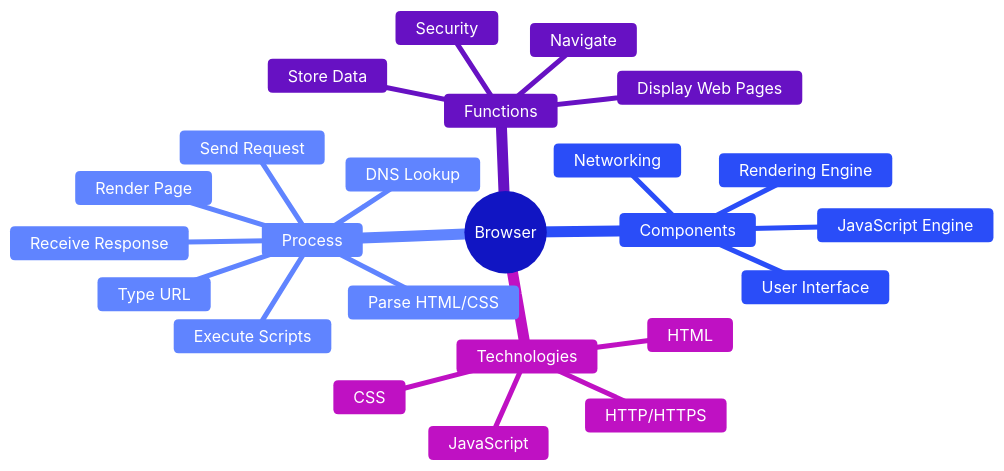
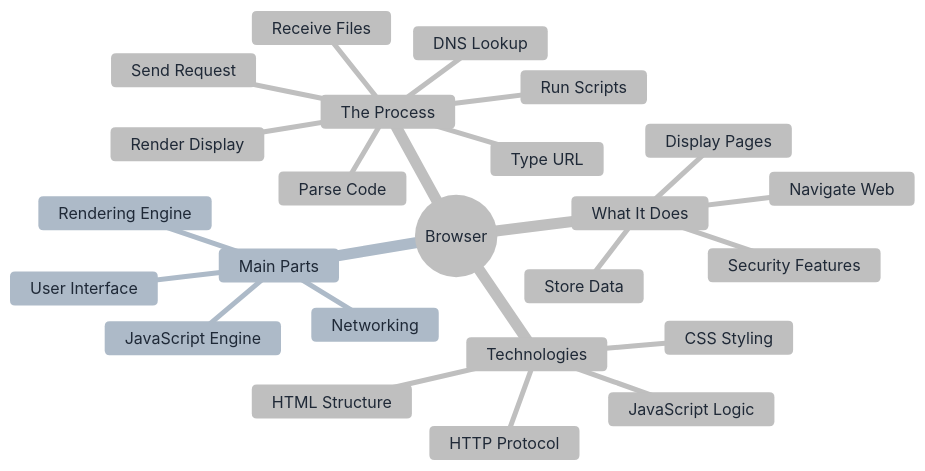
Before and after one commit to swornimashakya/abstract-thinking: the diagram in mindmaps/how-things-work/how-browsers-work.md, drawn with Mermaid. The commit also changed 1 other file, not shown here.

Commit message:
Add http mindmaps

````diff
--- a/mindmaps/how-things-work/how-browsers-work.md
+++ b/mindmaps/how-things-work/how-browsers-work.md
@@ -5,31 +5,31 @@
 ```mermaid
-%%{init: {'theme':'base', 'themeVariables': { 'primaryColor':'#6366f1','primaryTextColor':'#fff','primaryBorderColor':'#4f46e5','lineColor':'#818cf8','secondaryColor':'#a5b4fc','tertiaryColor':'#e0e7ff','background':'#f0f4ff','mainBkg':'#6366f1','secondaryBkg':'#a5b4fc','tertiaryBkg':'#e0e7ff'}}}%%
+%%{init: {'theme':'base', 'themeVariables': { 'primaryColor':'#ffffff','primaryTextColor':'#1f2937','primaryBorderColor':'#9ca3af','lineColor':'#d1d5db','secondaryColor':'#f9fafb','tertiaryColor':'#ffffff','background':'#ffffff','mainBkg':'#ffffff','secondaryBkg':'#f9fafb','tertiaryBkg':'#ffffff','fontSize':'16px'}}}%%
 mindmap
   root((Browser))
-    Components
+    Main Parts
       User Interface
       Rendering Engine
       JavaScript Engine
       Networking
     
-    Process
+    The Process
       Type URL
       DNS Lookup
       Send Request
-      Receive Response
-      Parse HTML/CSS
-      Render Page
-      Execute Scripts
+      Receive Files
+      Parse Code
+      Render Display
+      Run Scripts
     
-    Functions
-      Display Web Pages
-      Navigate
+    What It Does
+      Display Pages
+      Navigate Web
       Store Data
-      Security
+      Security Features
     
     Technologies
-      HTML
-      CSS
-      JavaScript
-      HTTP/HTTPS
+      HTML Structure
+      CSS Styling
+      JavaScript Logic
+      HTTP Protocol
 ```
````
